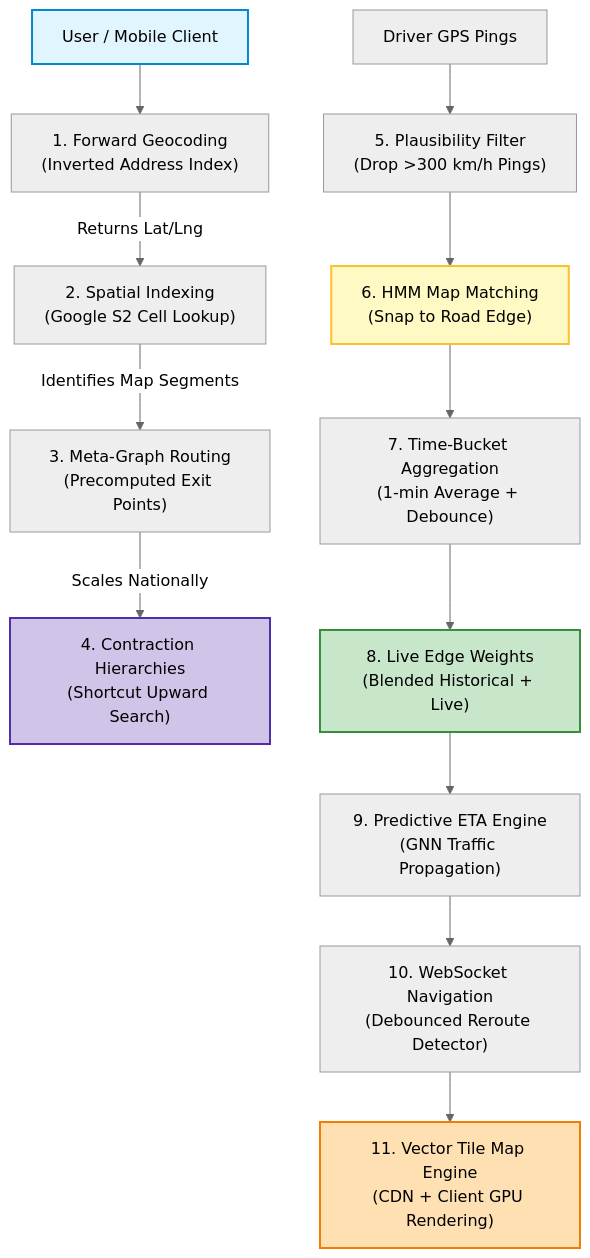
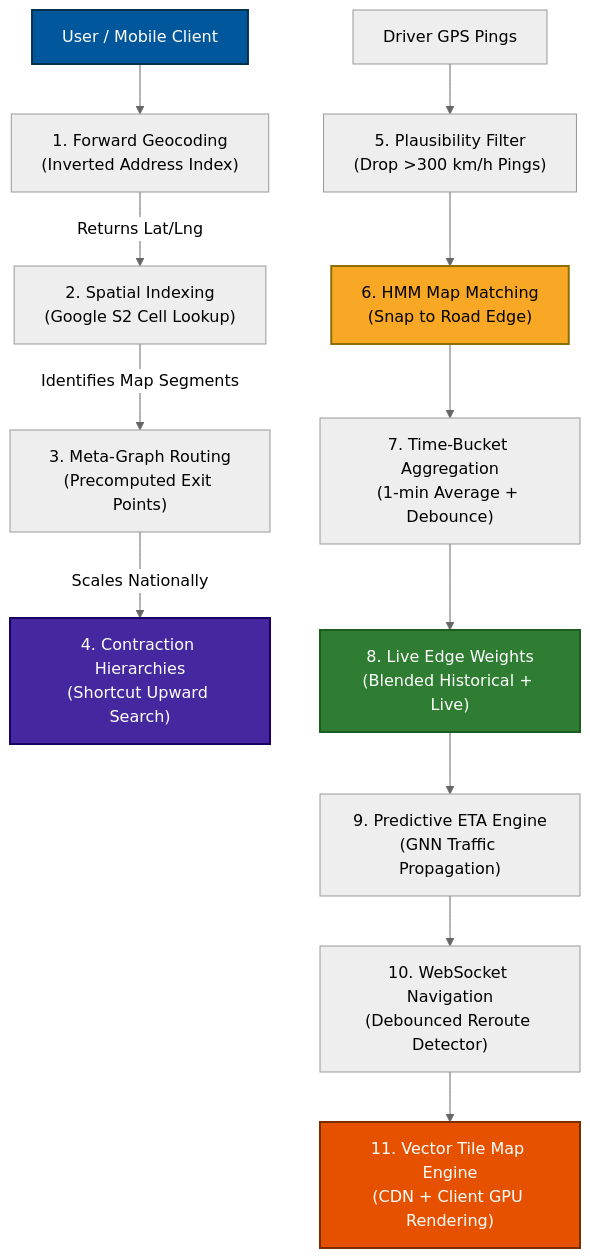
Before and after one commit to riyaz-pasha/Learnings: diagram 19 of 20 in system-design/HLD/0-course/28-Design Google Maps-FAANG-Guide-story.md, drawn with Mermaid (neutral theme). The commit also changed other lines of this file and 1 other file, not shown here.

First line of the commit message:
[HLD] Make Google Maps guide mermaid diagram colors theme-safe

````diff
--- a/system-design/HLD/0-course/28-Design Google Maps-FAANG-Guide-story.md
+++ b/system-design/HLD/0-course/28-Design Google Maps-FAANG-Guide-story.md
@@ -922,22 +922,22 @@
 ```mermaid
 flowchart TD
     User["User / Mobile Client"] --> ForwardGeo["1. Forward Geocoding<br/>(Inverted Address Index)"]
     ForwardGeo -->|Returns Lat/Lng| SpatialIdx["2. Spatial Indexing<br/>(Google S2 Cell Lookup)"]
     SpatialIdx -->|Identifies Map Segments| MetaGraph["3. Meta-Graph Routing<br/>(Precomputed Exit Points)"]
     MetaGraph -->|Scales Nationally| CH["4. Contraction Hierarchies<br/>(Shortcut Upward Search)"]
     
     DriverGPS["Driver GPS Pings"] --> Plausibility["5. Plausibility Filter<br/>(Drop >300 km/h Pings)"]
     Plausibility --> HMM["6. HMM Map Matching<br/>(Snap to Road Edge)"]
     HMM --> Aggregation["7. Time-Bucket Aggregation<br/>(1-min Average + Debounce)"]
     Aggregation --> LiveGraph["8. Live Edge Weights<br/>(Blended Historical + Live)"]
     
     LiveGraph --> ETACalc["9. Predictive ETA Engine<br/>(GNN Traffic Propagation)"]
     ETACalc --> Navigation["10. WebSocket Navigation<br/>(Debounced Reroute Detector)"]
     Navigation --> RenderMap["11. Vector Tile Map Engine<br/>(CDN + Client GPU Rendering)"]
 
-    style User fill:#e1f5fe,stroke:#0288d1,stroke-width:2px
-    style CH fill:#d1c4e9,stroke:#512da8,stroke-width:2px
-    style HMM fill:#fff9c4,stroke:#fbc02d,stroke-width:2px
-    style LiveGraph fill:#c8e6c9,stroke:#388e3c,stroke-width:2px
-    style RenderMap fill:#ffe0b2,stroke:#f57c00,stroke-width:2px
+    style User fill:#01579b,stroke:#00324d,color:#ffffff,stroke-width:2px
+    style CH fill:#4527a0,stroke:#1a0060,color:#ffffff,stroke-width:2px
+    style HMM fill:#f9a825,stroke:#8d6e00,color:#000000,stroke-width:2px
+    style LiveGraph fill:#2e7d32,stroke:#1b5e20,color:#ffffff,stroke-width:2px
+    style RenderMap fill:#e65100,stroke:#7a2e00,color:#ffffff,stroke-width:2px
 ```
````
